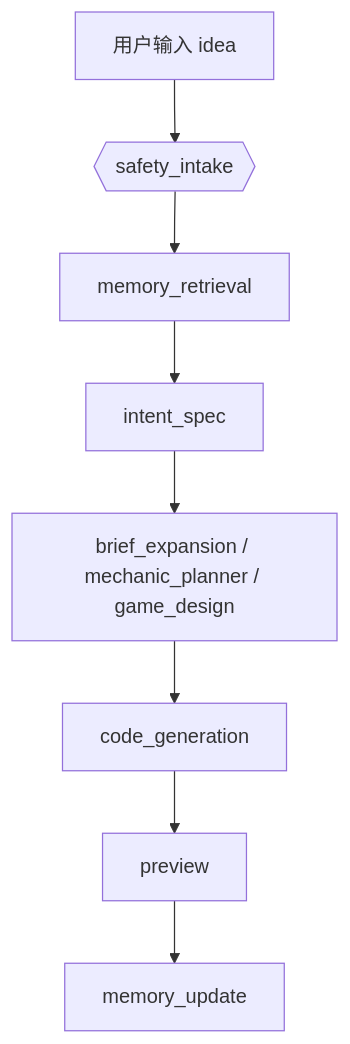
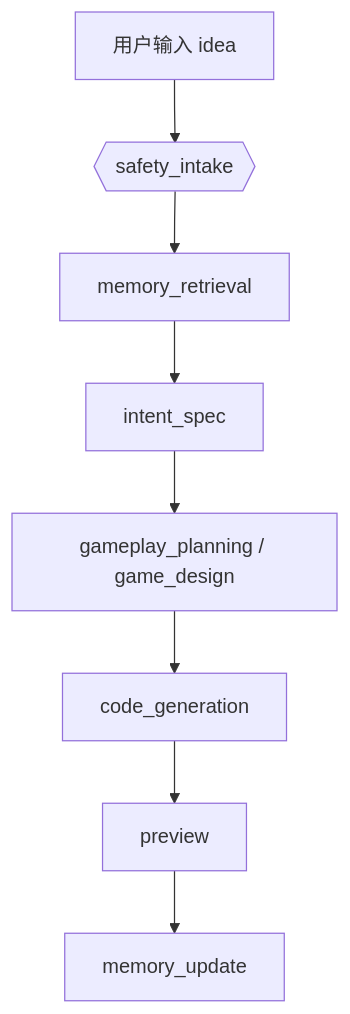
Before and after one commit to charlie11sun-netizen/yahaha: the first of 2 diagrams in docs/memory_system_design.md, drawn with Mermaid. The commit also changed 14 other files, not shown here.

Commit message:
refactor: merge gameplay planning agents

````diff
--- a/docs/memory_system_design.md
+++ b/docs/memory_system_design.md
@@ -158,10 +158,10 @@
 ```mermaid
 flowchart TD
     A["用户输入 idea"] --> B{{"safety_intake"}}
     B --> C["memory_retrieval"]
     C --> D["intent_spec"]
-    D --> E["brief_expansion / mechanic_planner / game_design"]
+    D --> E["gameplay_planning / game_design"]
     E --> F["code_generation"]
     F --> G["preview"]
     G --> H["memory_update"]
 ```
````
